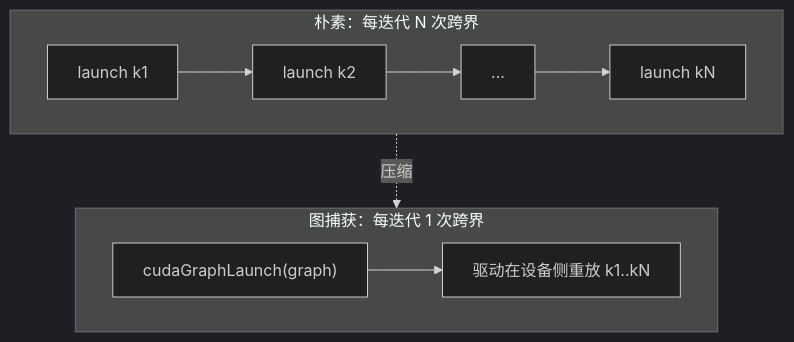
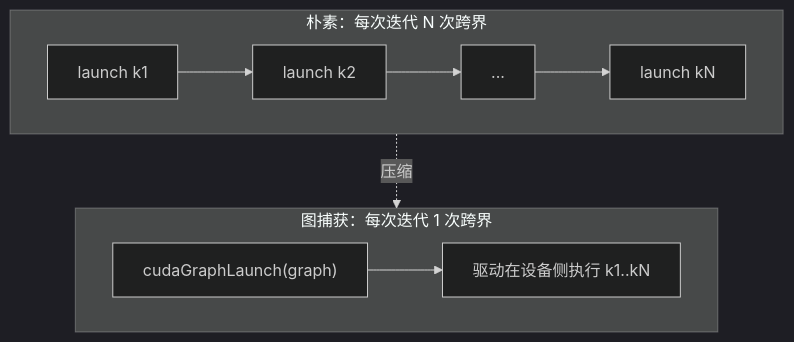
Before and after one commit to golang-design/under-the-hood: the third of 3 diagrams in book/zh-cn/part6hetero/ch18gpu/boundary.md, drawn with Mermaid (dark theme). The commit also changed other lines of this file and 4 other files, not shown here.

````diff
--- a/book/zh-cn/part6hetero/ch18gpu/boundary.md
+++ b/book/zh-cn/part6hetero/ch18gpu/boundary.md
@@ -114,11 +127,11 @@
 ```mermaid
 flowchart TB
-    subgraph 朴素["朴素：每迭代 N 次跨界"]
+    subgraph 朴素["朴素：每次迭代 N 次跨界"]
         direction LR
         n1["launch k1"] --> n2["launch k2"] --> n3["..."] --> nN["launch kN"]
     end
-    subgraph 图["图捕获：每迭代 1 次跨界"]
-        g0["cudaGraphLaunch(graph)"] --> gg["驱动在设备侧重放 k1..kN"]
+    subgraph 图["图捕获：每次迭代 1 次跨界"]
+        g0["cudaGraphLaunch(graph)"] --> gg["驱动在设备侧执行 k1..kN"]
     end
     朴素 -.压缩.-> 图
 ```
````
